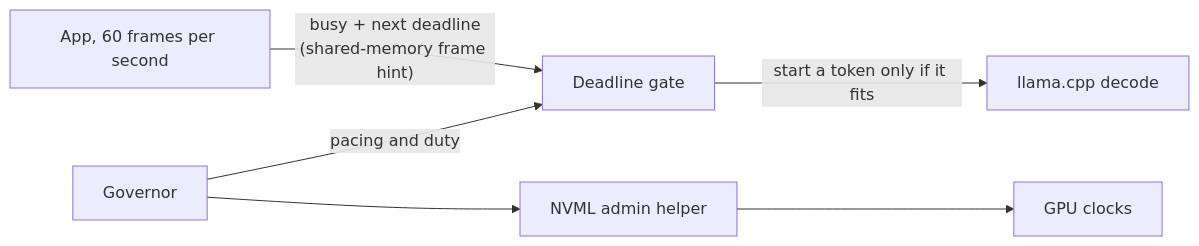
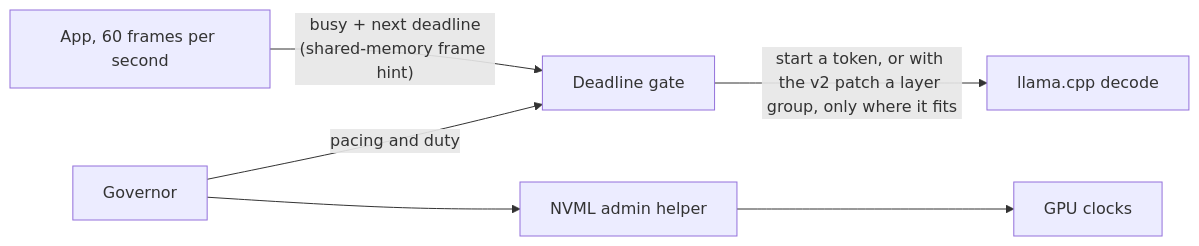
One commit to arjunpatil0/governor changed the diagram in README.md. Above: the diagram before and after it, drawn with Mermaid. The commit also changed other lines of this file and 2 other files, not shown here.

````diff
--- a/README.md
+++ b/README.md
@@ -31,7 +89,7 @@
 ```mermaid
 flowchart LR
     app["App, 60 frames per second"] -- "busy + next deadline<br/>(shared-memory frame hint)" --> gate["Deadline gate"]
-    gate -- "start a token only if it fits" --> llm["llama.cpp decode"]
+    gate -- "start a token, or with the v2 patch a layer group, only where it fits" --> llm["llama.cpp decode"]
     gov["Governor"] -- "pacing and duty" --> gate
     gov --> helper["NVML admin helper"] --> clocks["GPU clocks"]
 ```
````
